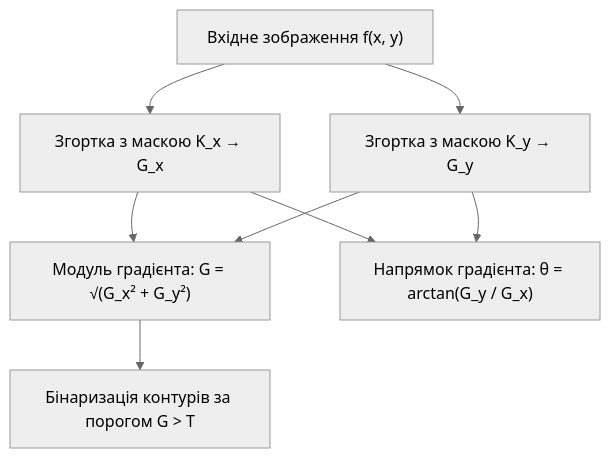
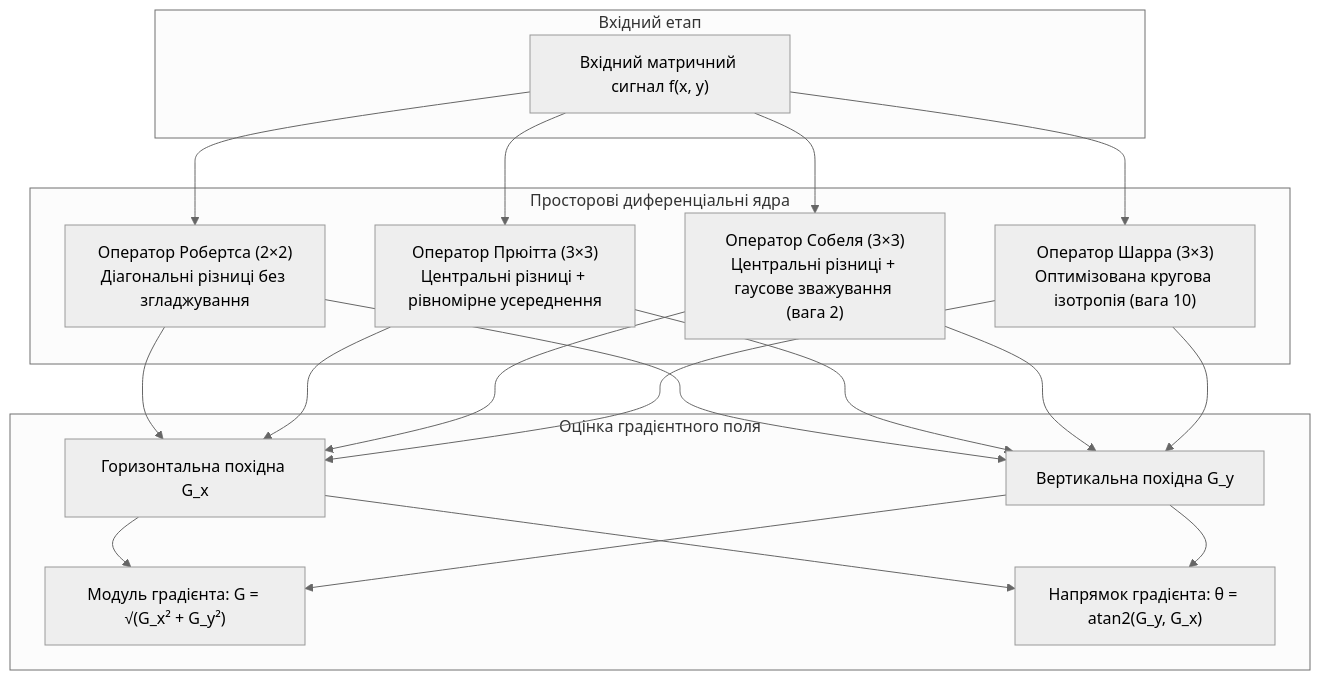
Before and after one commit to KyryloVadurin/signal-image-processing: the second of 4 diagrams in docs/lk/lk9.md, drawn with Mermaid (neutral theme). The commit also changed other lines of this file, not shown here.

````diff
--- a/docs/lk/lk9.md
+++ b/docs/lk/lk9.md
@@ -143,10 +137,33 @@
 ```mermaid
 flowchart TD
-    In["Вхідне зображення f(x, y)"] --> Kx["Згортка з маскою K_x → G_x"]
-    In --> Ky["Згортка з маскою K_y → G_y"]
-    Kx --> M["Модуль градієнта: G = √(G_x² + G_y²)"]
-    Ky --> M
-    Kx --> D["Напрямок градієнта: θ = arctan(G_y / G_x)"]
-    Ky --> D
-    M --> Out["Бінаризація контурів за порогом G > T"]
+    subgraph InputStage [Вхідний етап]
+        A["Вхідний матричний сигнал f(x, y)"]
+    end
+
+    subgraph DifferentialKernels [Просторові диференціальні ядра]
+        B1["Оператор Робертса (2×2)<br>Діагональні різниці без згладжування"]
+        B2["Оператор Прюітта (3×3)<br>Центральні різниці + рівномірне усереднення"]
+        B3["Оператор Собеля (3×3)<br>Центральні різниці + гаусове зважування (вага 2)"]
+        B4["Оператор Шарра (3×3)<br>Оптимізована кругова ізотропія (вага 10)"]
+    end
+
+    subgraph VectorField [Оцінка градієнтного поля]
+        C1["Горизонтальна похідна G_x"]
+        C2["Вертикальна похідна G_y"]
+        D["Модуль градієнта: G = √(G_x² + G_y²)"]
+        E["Напрямок градієнта: θ = atan2(G_y, G_x)"]
+    end
+
+    A --> B1
+    A --> B2
+    A --> B3
+    A --> B4
+
+    B1 --> C1 & C2
+    B2 --> C1 & C2
+    B3 --> C1 & C2
+    B4 --> C1 & C2
+
+    C1 --> D & E
+    C2 --> D & E
 ```
````
